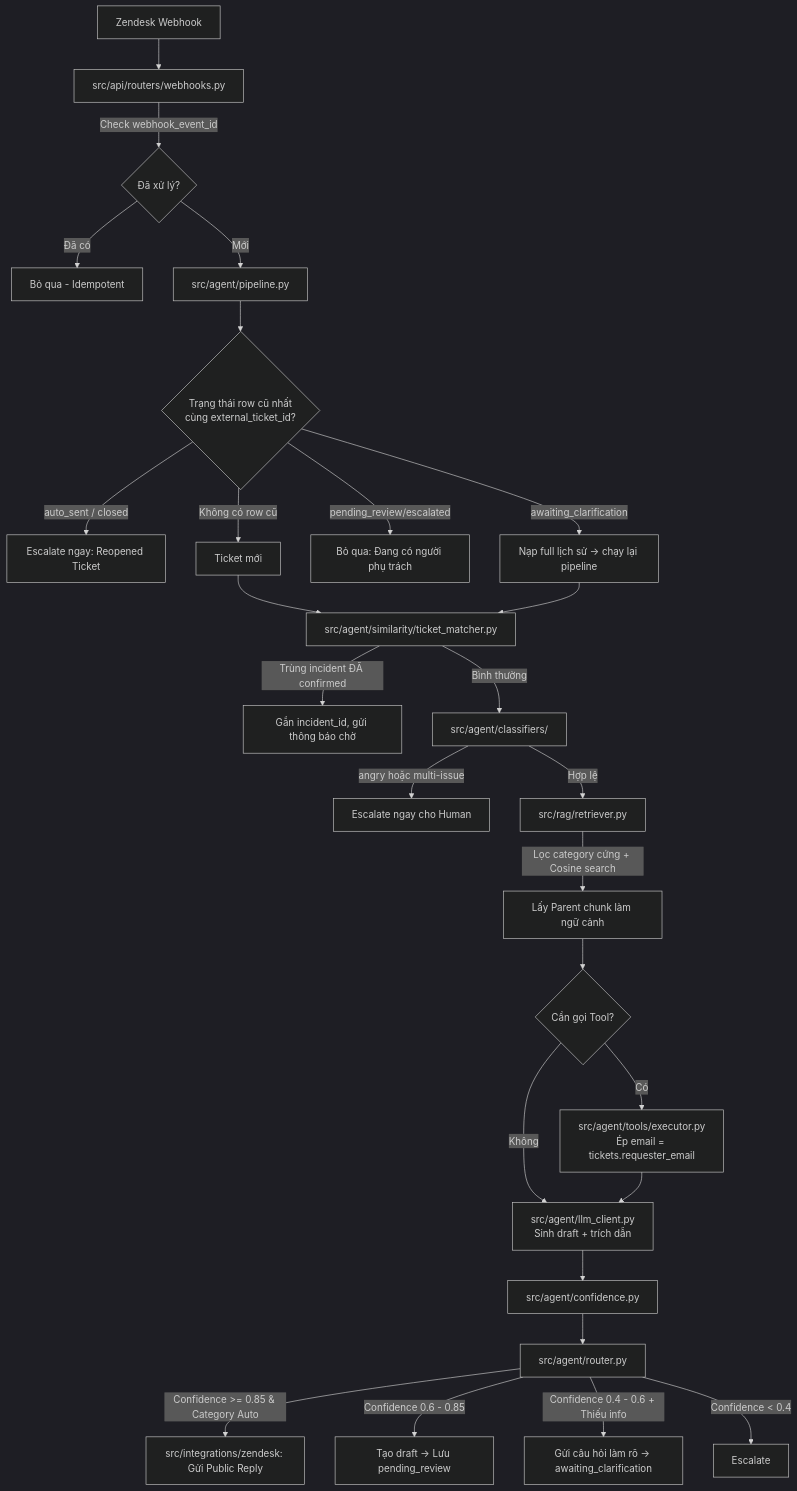
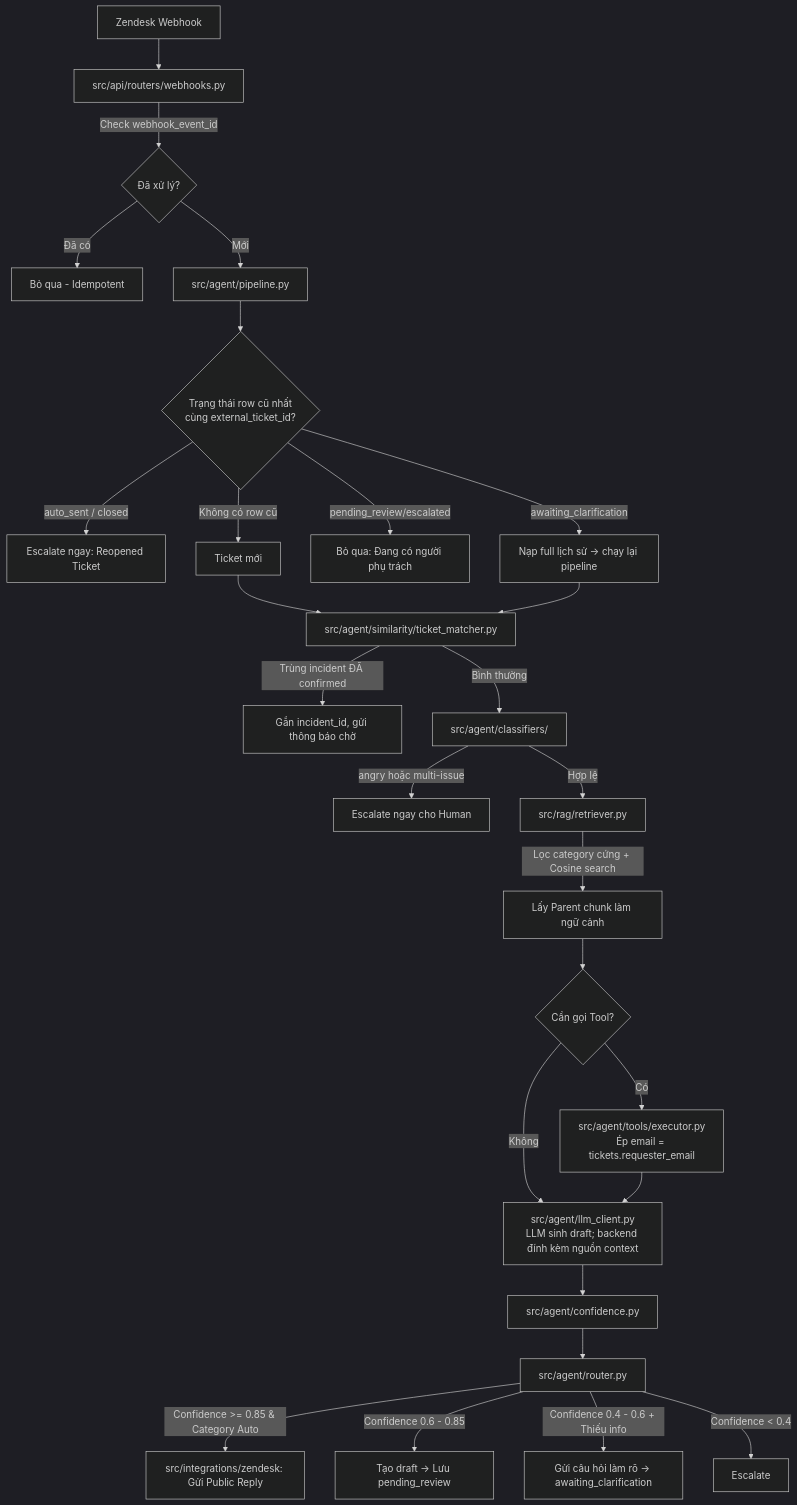
The second of 3 diagrams in workflow.md (VietAnh1027/agent-IT-helpdesk), drawn with Mermaid (dark theme) before and after one commit. The commit also changed other lines of this file and 38 other files, not shown here.

````diff
--- a/workflow.md
+++ b/workflow.md
@@ -165,37 +161,37 @@
 ```mermaid
 flowchart TD
     WH["Zendesk Webhook"] --> API["src/api/routers/webhooks.py"]
     API -->|"Check webhook_event_id"| IDEMP{"Đã xử lý?"}
     IDEMP -->|"Đã có"| DROP["Bỏ qua - Idempotent"]
     IDEMP -->|"Mới"| DISPATCH["src/agent/pipeline.py"]
   
     DISPATCH --> R_CHECK{"Trạng thái row cũ nhất\ncùng external_ticket_id?"}
     R_CHECK -->|"auto_sent / closed"| ESC1["Escalate ngay: Reopened Ticket"]
     R_CHECK -->|"awaiting_clarification"| CONT["Nạp full lịch sử -> chạy lại pipeline"]
     R_CHECK -->|"pending_review/escalated"| NOOP["Bỏ qua: Đang có người phụ trách"]
     R_CHECK -->|"Không có row cũ"| NEW["Ticket mới"]
 
     NEW --> SIM["src/agent/similarity/ticket_matcher.py"]
     CONT --> SIM
   
     SIM -->|"Trùng incident ĐÃ confirmed"| INC_LINK["Gắn incident_id, gửi thông báo chờ"]
     SIM -->|"Bình thường"| CLF["src/agent/classifiers/"]
   
     CLF -->|"angry hoặc multi-issue"| ESC2["Escalate ngay cho Human"]
     CLF -->|"Hợp lệ"| RET["src/rag/retriever.py"]
   
     RET -->|"Lọc category cứng + Cosine search"| PARENT["Lấy Parent chunk làm ngữ cảnh"]
     PARENT --> TOOL{"Cần gọi Tool?"}
     TOOL -->|"Có"| EXEC["src/agent/tools/executor.py\nÉp email = tickets.requester_email"]
-    TOOL -->|"Không"| GEN["src/agent/llm_client.py\nSinh draft + trích dẫn"]
+    TOOL -->|"Không"| GEN["src/agent/llm_client.py\nLLM sinh draft; backend đính kèm nguồn context"]
     EXEC --> GEN
   
     GEN --> CONF["src/agent/confidence.py"]
     CONF --> ROUTE["src/agent/router.py"]
   
     ROUTE -->|"Confidence >= 0.85 & Category Auto"| AUTO["src/integrations/zendesk: Gửi Public Reply"]
     ROUTE -->|"Confidence 0.6 - 0.85"| DRAFT["Tạo draft -> Lưu pending_review"]
     ROUTE -->|"Confidence 0.4 - 0.6 + Thiếu info"| CLARIFY["Gửi câu hỏi làm rõ -> awaiting_clarification"]
     ROUTE -->|"Confidence < 0.4"| ESC3["Escalate"]
 
 ```
````
